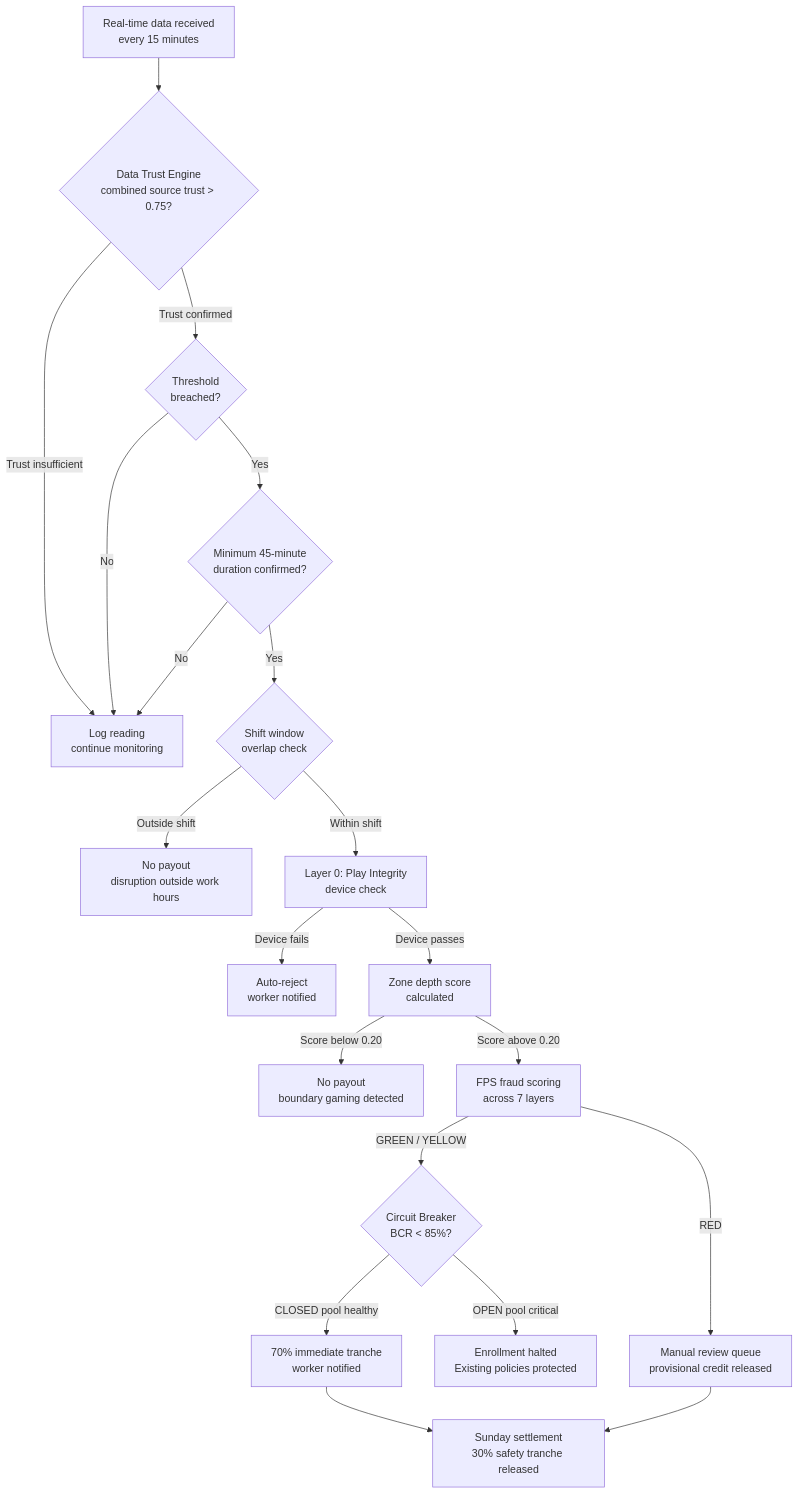
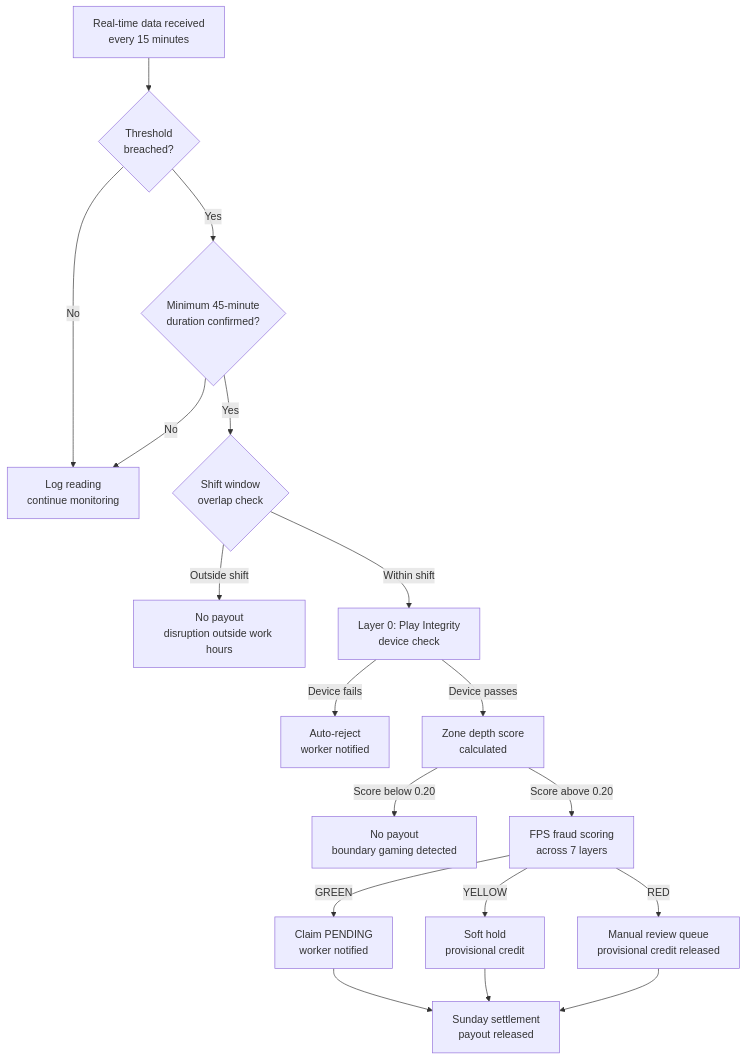
The second of 3 diagrams in README.md (Dhruvv-16/Hustlr), drawn with Mermaid before and after one commit. The commit also changed other lines of this file and 207 other files, not shown here.

````diff
--- a/README.md
+++ b/README.md
@@ -1050,22 +818,20 @@
 ```mermaid
 flowchart TD
-    T1[Real-time data received\nevery 15 minutes] --> T2{Data Trust Engine\ncombined source trust > 0.75?}
-    T2 -- Trust insufficient --> T3[Log reading\ncontinue monitoring]
-    T2 -- Trust confirmed --> T4{Threshold\nbreached?}
+    T1[Real-time data received\nevery 15 minutes] --> T2{Threshold\nbreached?}
+    T2 -- No --> T3[Log reading\ncontinue monitoring]
+    T2 -- Yes --> T4{Minimum 45-minute\nduration confirmed?}
     T4 -- No --> T3
-    T4 -- Yes --> T5{Minimum 45-minute\nduration confirmed?}
-    T5 -- No --> T3
-    T5 -- Yes --> T6{Shift window\noverlap check}
-    T6 -- Outside shift --> T7[No payout\ndisruption outside work hours]
-    T6 -- Within shift --> T8[Layer 0: Play Integrity\ndevice check]
-    T8 -- Device fails --> T9[Auto-reject\nworker notified]
-    T8 -- Device passes --> T10[Zone depth score\ncalculated]
-    T10 -->|Score below 0.20| T11[No payout\nboundary gaming detected]
-    T10 -->|Score above 0.20| T12[FPS fraud scoring\nacross 7 layers]
-    T12 -->|GREEN / YELLOW| T13{Circuit Breaker\nBCR < 85%?}
-    T12 -->|RED| T14[Manual review queue\nprovisional credit released]
-    T13 -- OPEN pool critical --> T15[Enrollment halted\nExisting policies protected]
-    T13 -- CLOSED pool healthy --> T16[70% immediate tranche\nworker notified]
-    T16 --> T17[Sunday settlement\n30% safety tranche released]
-    T14 --> T17
+    T4 -- Yes --> T5{Shift window\noverlap check}
+    T5 -- Outside shift --> T6[No payout\ndisruption outside work hours]
+    T5 -- Within shift --> T7[Layer 0: Play Integrity\ndevice check]
+    T7 -- Device fails --> T8[Auto-reject\nworker notified]
+    T7 -- Device passes --> T9[Zone depth score\ncalculated]
+    T9 -->|Score below 0.20| T10[No payout\nboundary gaming detected]
+    T9 -->|Score above 0.20| T11[FPS fraud scoring\nacross 7 layers]
+    T11 -->|GREEN| T12[Claim PENDING\nworker notified]
+    T11 -->|YELLOW| T13[Soft hold\nprovisional credit]
+    T11 -->|RED| T14[Manual review queue\nprovisional credit released]
+    T12 --> T15[Sunday settlement\npayout released]
+    T13 --> T15
+    T14 --> T15
 ```
````
